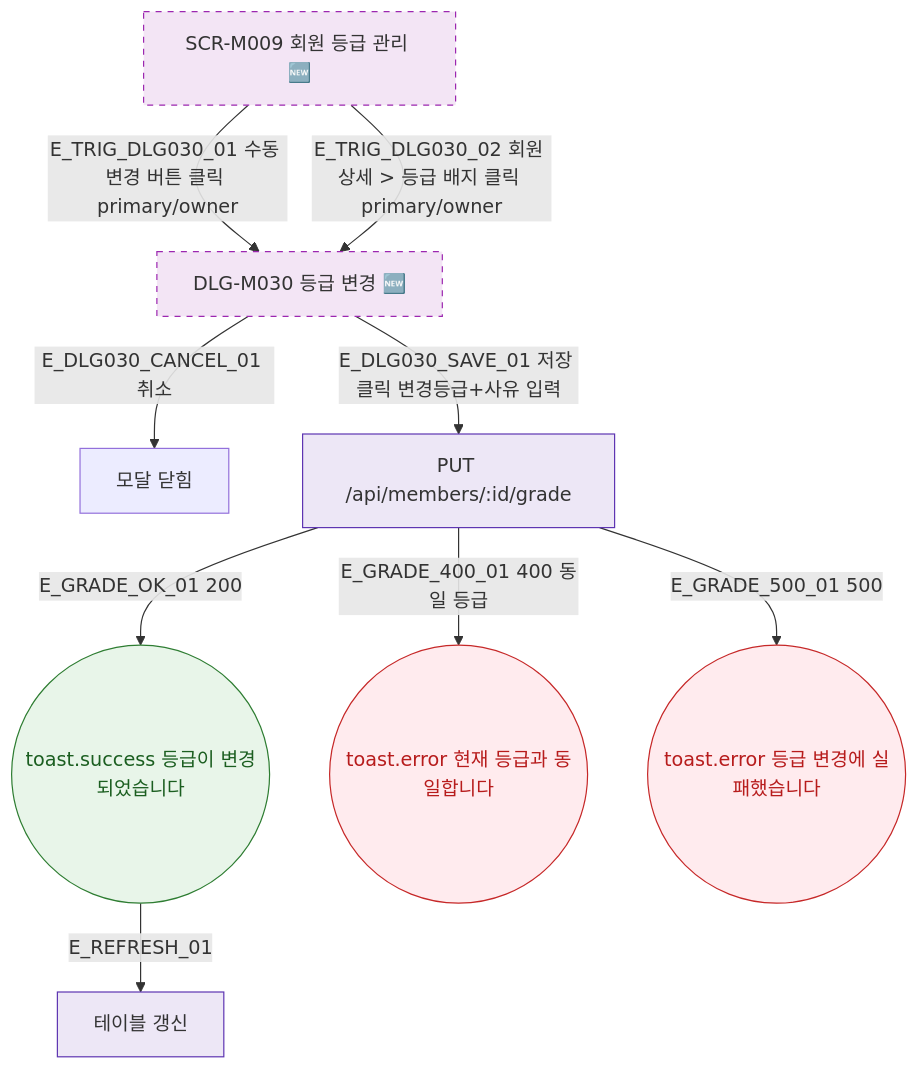
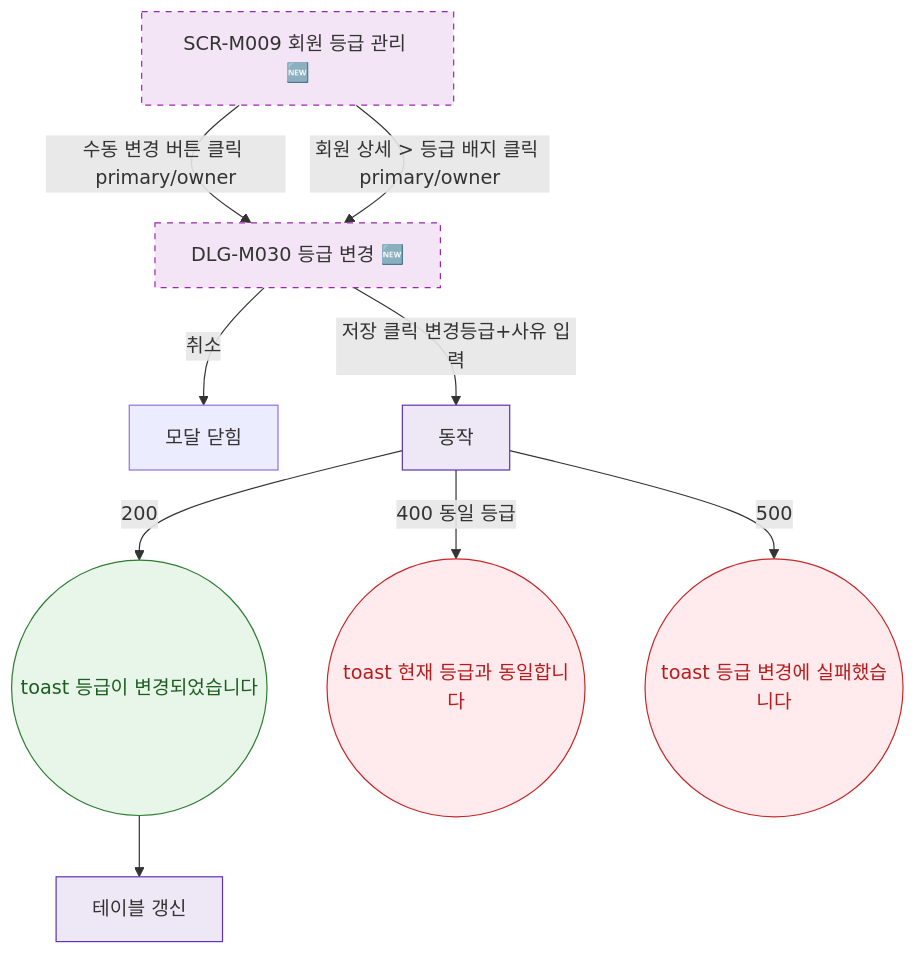
One commit to dev-spogym/admin-pando changed the diagram in docs/다이어그램/D02_회원관리/SCR-M009_등급관리/F5_모달트리거.md. Above: the diagram before and after it, drawn with Mermaid. The commit also changed other lines of this file and 1660 other files, not shown here.

First line of the commit message:
다이어그램: 기획자/클라이언트 납품본으로 정리

````diff
--- a/docs/다이어그램/D02_회원관리/SCR-M009_등급관리/F5_모달트리거.md
+++ b/docs/다이어그램/D02_회원관리/SCR-M009_등급관리/F5_모달트리거.md
@@ -22,27 +20,27 @@
 ```mermaid
 flowchart TD
   SCR_M009[SCR-M009 회원 등급 관리 🆕]
 
-  SCR_M009 -->|E_TRIG_DLG030_01 수동 변경 버튼 클릭 primary/owner| DLG_M030[DLG-M030 등급 변경 🆕]
-  SCR_M009 -->|E_TRIG_DLG030_02 회원 상세 > 등급 배지 클릭 primary/owner| DLG_M030
+  SCR_M009 -->|수동 변경 버튼 클릭 primary/owner|DLG_M030[DLG-M030 등급 변경 🆕]
+  SCR_M009 -->|회원 상세 > 등급 배지 클릭 primary/owner|DLG_M030
 
-  DLG_M030 -->|E_DLG030_CANCEL_01 취소| CLOSE[모달 닫힘]
-  DLG_M030 -->|E_DLG030_SAVE_01 저장 클릭 변경등급+사유 입력| API_GRADE[PUT /api/members/:id/grade]
+  DLG_M030 -->|취소|CLOSE[모달 닫힘]
+  DLG_M030 -->|저장 클릭 변경등급+사유 입력|API_GRADE[동작]
 
-  API_GRADE -->|E_GRADE_OK_01 200| TOAST_OK((toast.success 등급이 변경되었습니다))
-  API_GRADE -->|E_GRADE_400_01 400 동일 등급| TOAST_400((toast.error 현재 등급과 동일합니다))
-  API_GRADE -->|E_GRADE_500_01 500| TOAST_500((toast.error 등급 변경에 실패했습니다))
+  API_GRADE -->|200|TOAST_OK((toast 등급이 변경되었습니다))
+  API_GRADE -->|400 동일 등급|TOAST_400((toast 현재 등급과 동일합니다))
+  API_GRADE -->|500|TOAST_500((toast 등급 변경에 실패했습니다))
 
-  TOAST_OK -->|E_REFRESH_01| REFRESH[테이블 갱신]
+  TOAST_OK --> REFRESH[테이블 갱신]
 
-  classDef screen     fill:#E3F2FD,stroke:#1976D2,color:#0D47A1
+  classDef screen fill:#E3F2FD,stroke:#1976D2,color:#0D47A1
   classDef newFeature fill:#F3E5F5,stroke:#9C27B0,stroke-dasharray:5 5
-  classDef success    fill:#E8F5E9,stroke:#2E7D32,color:#1B5E20
-  classDef error      fill:#FFEBEE,stroke:#C62828,color:#B71C1C
-  classDef system     fill:#EDE7F6,stroke:#5E35B2
+  classDef success fill:#E8F5E9,stroke:#2E7D32,color:#1B5E20
+  classDef error fill:#FFEBEE,stroke:#C62828,color:#B71C1C
+  classDef system fill:#EDE7F6,stroke:#5E35B2
 
   class SCR_M009,DLG_M030 newFeature
   class TOAST_OK success
   class TOAST_400,TOAST_500 error
   class API_GRADE,REFRESH system
 ```
````
